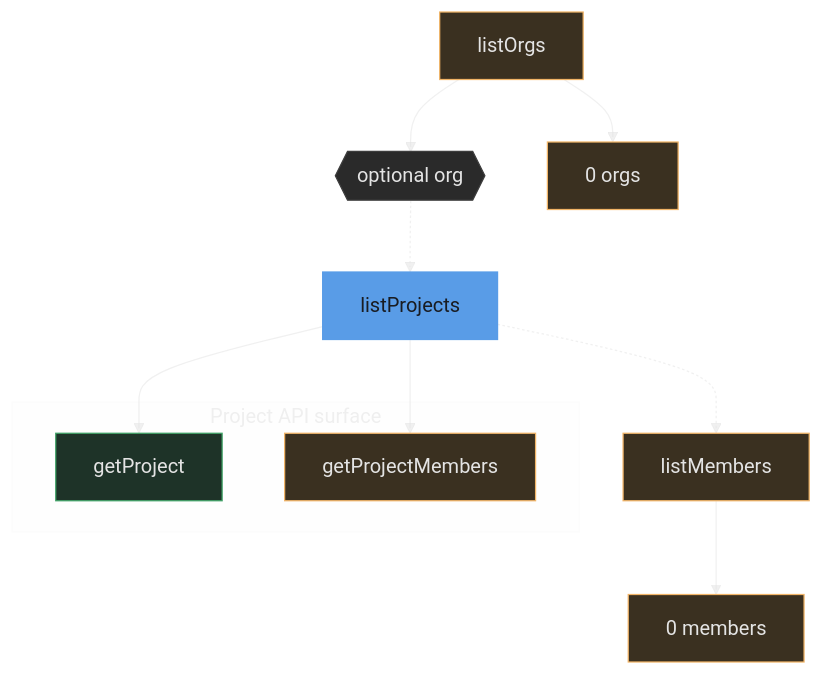
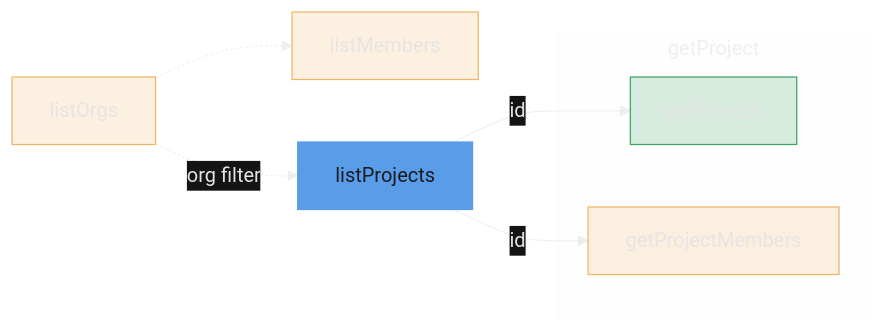
One commit to mrzmyr/agent-plugin changed the fourth of 10 diagrams in skills/create-mermaid/README.md. Above: the diagram before and after it, drawn with Mermaid. The commit also changed other lines of this file, not shown here.

First line of the commit message:
Show without-skill and with-skill mermaid pairs in the README.

````diff
--- a/skills/create-mermaid/README.md
+++ b/skills/create-mermaid/README.md
@@ -29,32 +69,20 @@
 ```mermaid
 %%{init: {'theme': 'base', 'themeVariables': {'primaryColor': '#181818', 'primaryTextColor': '#E4E4E4', 'primaryBorderColor': '#E4E4E433', 'lineColor': '#E4E4E48D', 'secondaryColor': '#141414', 'tertiaryColor': '#E4E4E411'}}}%%
-flowchart TB
-  listOrgs["listOrgs"]
-  optOrg{{"optional org"}}
-  listProjects["listProjects"]
-  listMembers["listMembers"]
-  emptyOrgs["0 orgs"]
-  emptyMembers["0 members"]
-
-  subgraph api["Project API surface"]
-    getProject["getProject"]
-    getProjectMembers["getProjectMembers"]
+flowchart LR
+  listOrgs:::warning
+  listMembers:::warning
+  listProjects:::primary
+  subgraph getPair[getProject]
+    getProject:::success
+    getProjectMembers:::warning
   end
-
-  listOrgs --> optOrg
-  optOrg -.-> listProjects
-  listProjects --> getProject
-  listProjects --> getProjectMembers
-  listProjects -.-> listMembers
-  listOrgs --> emptyOrgs
-  listMembers --> emptyMembers
-
-  class listProjects primary
-  class getProject success
-  class optOrg neutral
-  class listOrgs,listMembers,emptyOrgs,emptyMembers,getProjectMembers warning
+  listOrgs -.->|org filter| listProjects
+  listOrgs -.-> listMembers
+  listProjects -->|id| getProject
+  listProjects -->|id| getProjectMembers
+  classDef info fill:#81A1C133,stroke:#81A1C1,color:#E4E4E4EB
+  classDef success fill:#3FA26633,stroke:#3FA266,color:#E4E4E4EB
+  classDef warning fill:#F1B46733,stroke:#F1B467,color:#E4E4E4EB
+  classDef neutral fill:#E4E4E411,stroke:#E4E4E414,color:#E4E4E4EB
   classDef primary fill:#599CE7,stroke:#599CE7,color:#191c22
-  classDef success fill:#1e3328,stroke:#3FA266,color:#E4E4E4
-  classDef warning fill:#3a3020,stroke:#F1B467,color:#E4E4E4
-  classDef neutral fill:#2a2a2a,stroke:#3d3d3d,color:#E4E4E4
 ```
````
